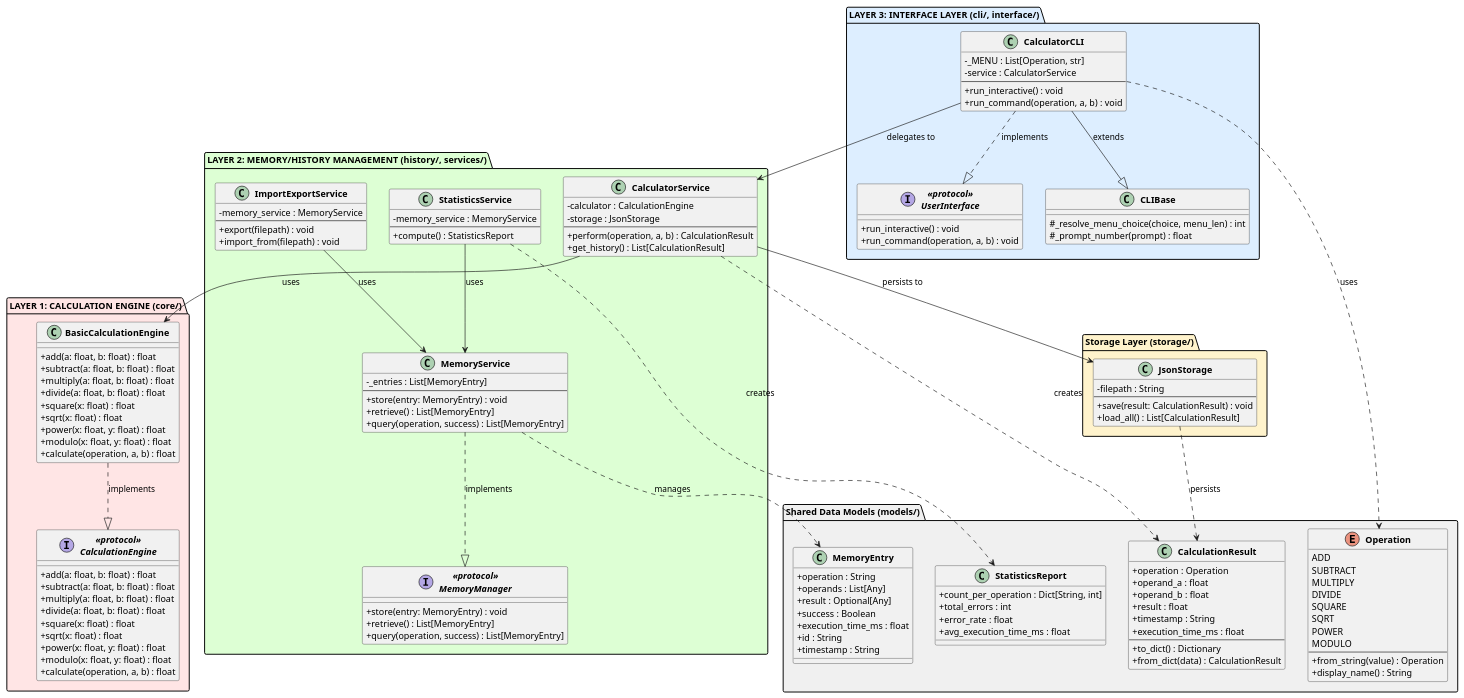
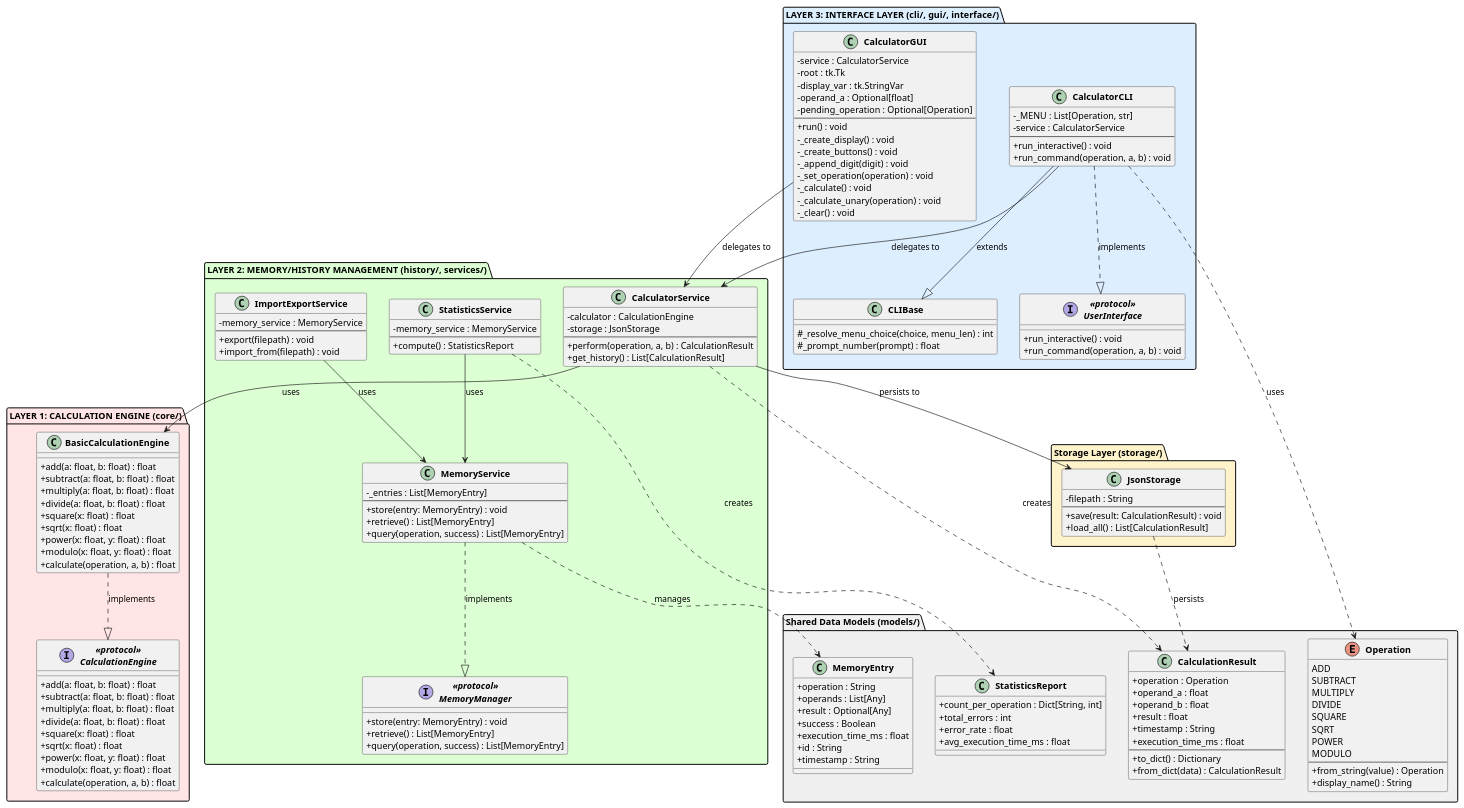
One commit to DanielRiha8906/Software_autoevolution_using_agents changed the diagram in experiments/broadcast/test_driven/calculator/artifacts/class_diagram.puml. Above: the diagram before and after it, drawn with PlantUML. The commit also changed other lines of this file and 10 other files, not shown here.

```diff
--- a/experiments/broadcast/test_driven/calculator/artifacts/class_diagram.puml
+++ b/experiments/broadcast/test_driven/calculator/artifacts/class_diagram.puml
@@ -92,7 +92,7 @@
 ' ============================================================================
 ' LAYER 3: INTERFACE LAYER (User Interaction)
 ' ============================================================================
-package "LAYER 3: INTERFACE LAYER (cli/, interface/)" #DDEEFF {
+package "LAYER 3: INTERFACE LAYER (cli/, gui/, interface/)" #DDEEFF {
     interface "<<protocol>>\nUserInterface" as UIProto {
         +run_interactive() : void
         +run_command(operation, a, b) : void
@@ -111,9 +111,27 @@
         +run_command(operation, a, b) : void
     }
 
+    class CalculatorGUI {
+        -service : CalculatorService
+        -root : tk.Tk
+        -display_var : tk.StringVar
+        -operand_a : Optional[float]
+        -pending_operation : Optional[Operation]
+        --
+        +run() : void
+        -_create_display() : void
+        -_create_buttons() : void
+        -_append_digit(digit) : void
+        -_set_operation(operation) : void
+        -_calculate() : void
+        -_calculate_unary(operation) : void
+        -_clear() : void
+    }
+
     CalculatorCLI --|> CLIBase : extends
     CalculatorCLI ..|> UIProto : implements
     CalculatorCLI --> CalculatorService : delegates to
+    CalculatorGUI --> CalculatorService : delegates to
 }
 
 ' ============================================================================
```
